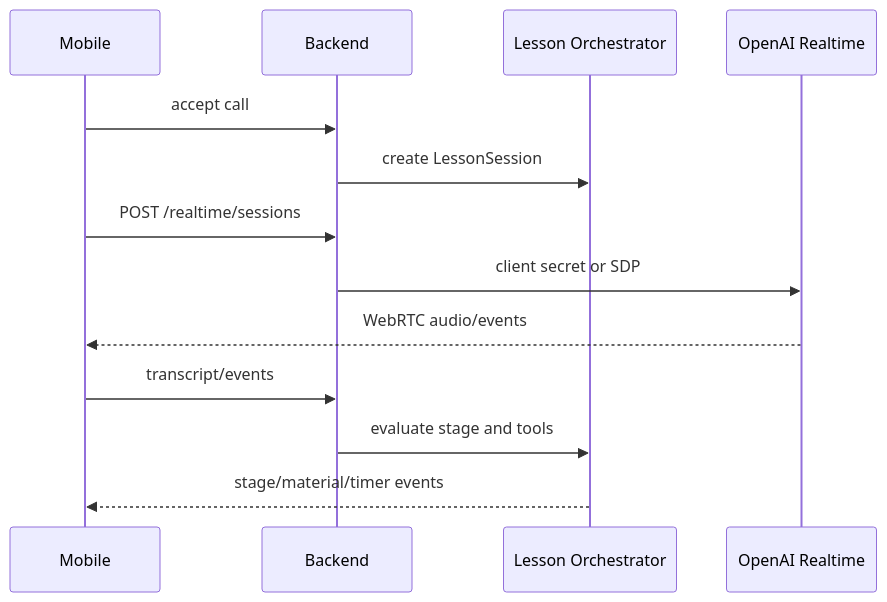
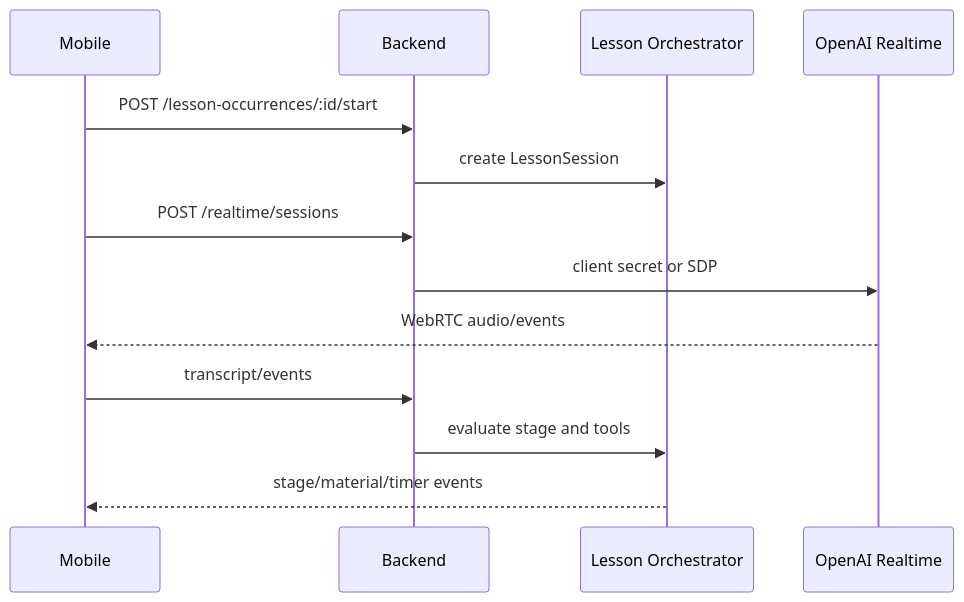
The third of 3 diagrams in docs/architecture.md (joeylee112119-alt/kbiz), drawn with Mermaid before and after one commit. The commit also changed other lines of this file and 39 other files, not shown here.

Commit message:
feat: replace native call UX with lesson notifications

````diff
--- a/docs/architecture.md
+++ b/docs/architecture.md
@@ -49,15 +50,15 @@
 ```mermaid
 sequenceDiagram
   participant M as Mobile
   participant API as Backend
   participant L as Lesson Orchestrator
   participant OAI as OpenAI Realtime
-  M->>API: accept call
+  M->>API: POST /lesson-occurrences/:id/start
   API->>L: create LessonSession
   M->>API: POST /realtime/sessions
   API->>OAI: client secret or SDP
   OAI-->>M: WebRTC audio/events
   M->>API: transcript/events
   API->>L: evaluate stage and tools
   L-->>M: stage/material/timer events
 ```
````
